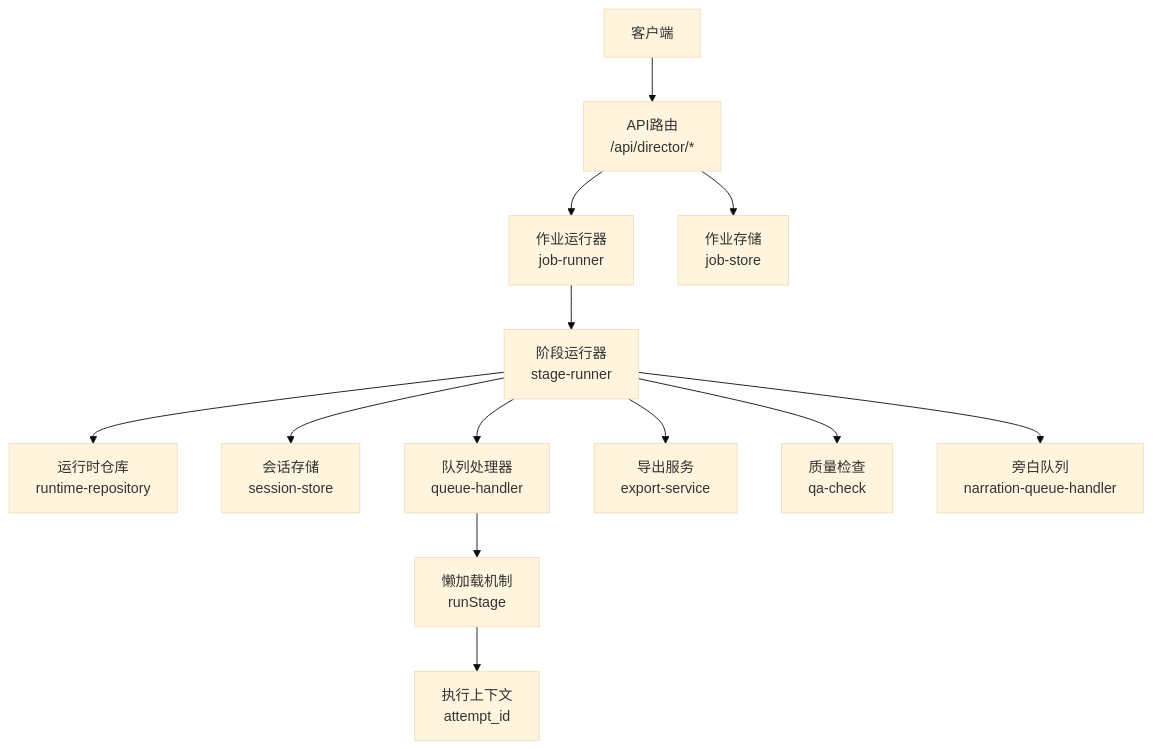
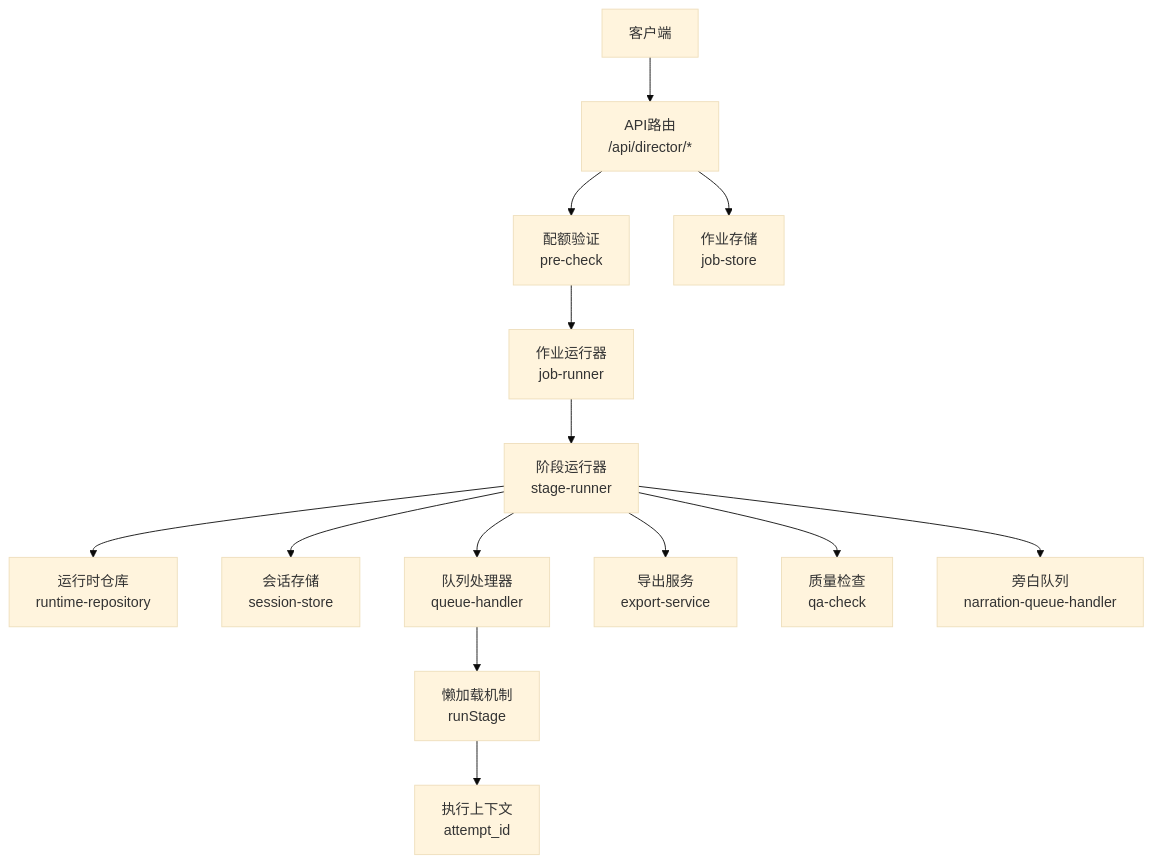
One commit to scottcwy/PurpleInk changed the first of 3 diagrams in .qoder/repowiki/zh/content/API参考/导演系统API/阶段执行API.md. Above: the diagram before and after it, drawn with Mermaid (base theme). The commit also changed other lines of this file and 48 other files, not shown here.

````diff
--- a/.qoder/repowiki/zh/content/API参考/导演系统API/阶段执行API.md
+++ b/.qoder/repowiki/zh/content/API参考/导演系统API/阶段执行API.md
@@ -60,15 +60,16 @@
 ```mermaid
 graph TB
 Client["客户端"] --> API["API路由<br/>/api/director/*"]
-API --> Runner["作业运行器<br/>job-runner"]
+API --> QuotaCheck["配额验证<br/>pre-check"]
+QuotaCheck --> Runner["作业运行器<br/>job-runner"]
 API --> Store["作业存储<br/>job-store"]
 Runner --> StageRunner["阶段运行器<br/>stage-runner"]
 StageRunner --> Repo["运行时仓库<br/>runtime-repository"]
 StageRunner --> Session["会话存储<br/>session-store"]
 StageRunner --> Queue["队列处理器<br/>queue-handler"]
 StageRunner --> Export["导出服务<br/>export-service"]
 StageRunner --> QA["质量检查<br/>qa-check"]
 StageRunner --> Narration["旁白队列<br/>narration-queue-handler"]
 Queue --> LazyLoader["懒加载机制<br/>runStage"]
 LazyLoader --> Context["执行上下文<br/>attempt_id"]
 ```
````
